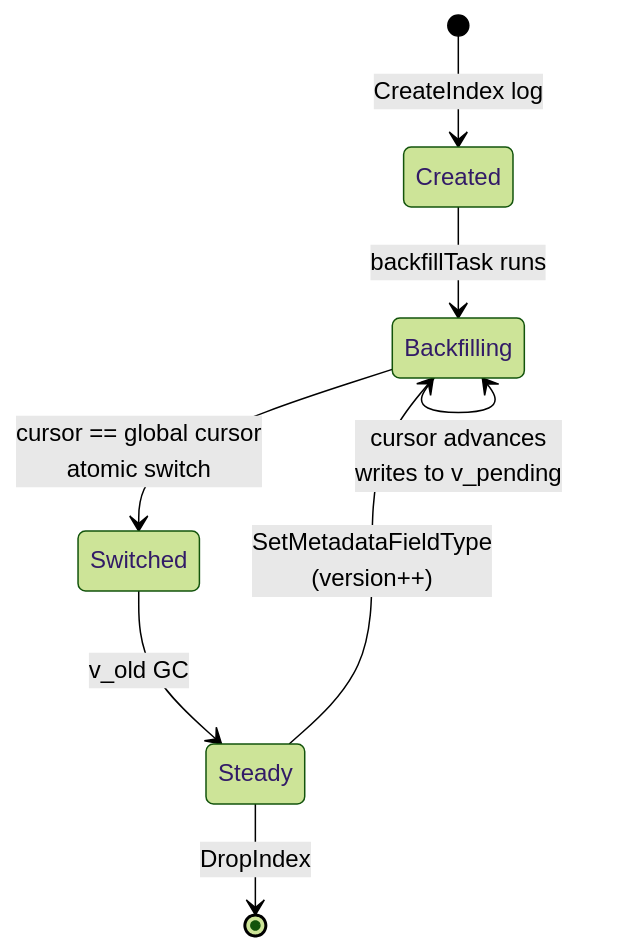
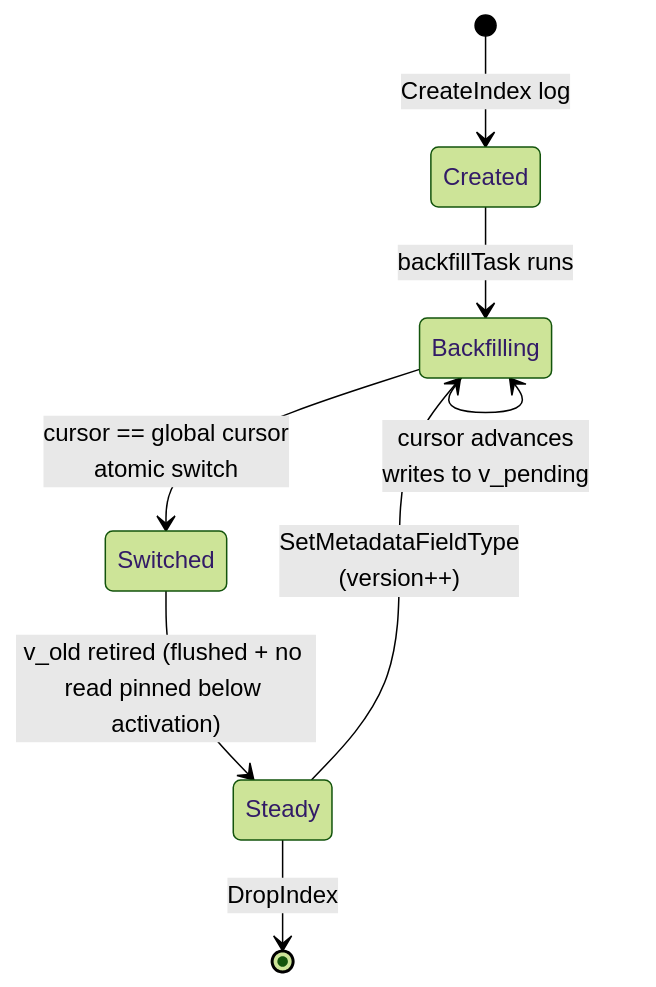
One commit to formancehq/ledger changed the diagram in docs/technical/architecture/subsystems/indexer/indexes.md. Above: the diagram before and after it, drawn with Mermaid (forest theme). The commit also changed other lines of this file and 15 other files, not shown here.

````diff
--- a/docs/technical/architecture/subsystems/indexer/indexes.md
+++ b/docs/technical/architecture/subsystems/indexer/indexes.md
@@ -92,10 +92,10 @@
 ```mermaid
 stateDiagram-v2
     [*] --> Created: CreateIndex log
     Created --> Backfilling: backfillTask runs
     Backfilling --> Backfilling: cursor advances<br/>writes to v_pending
     Backfilling --> Switched: cursor == global cursor<br/>atomic switch
-    Switched --> Steady: v_old GC
+    Switched --> Steady: v_old retired (flushed + no read pinned below activation)
     Steady --> Backfilling: SetMetadataFieldType<br/>(version++)
     Steady --> [*]: DropIndex
 ```
````
